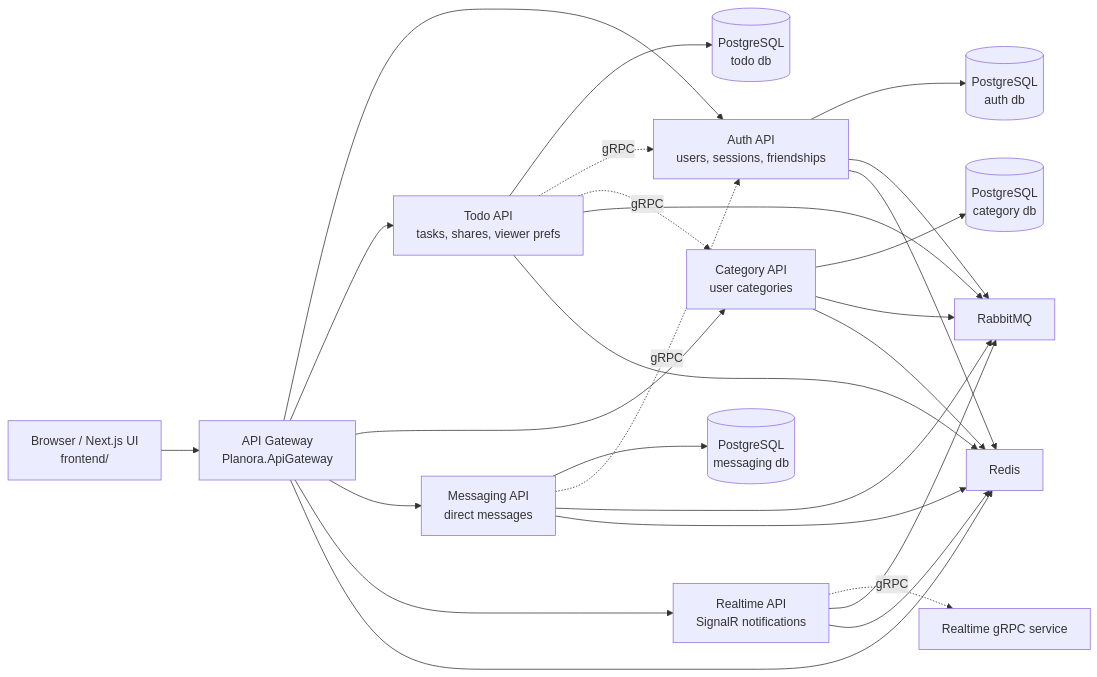
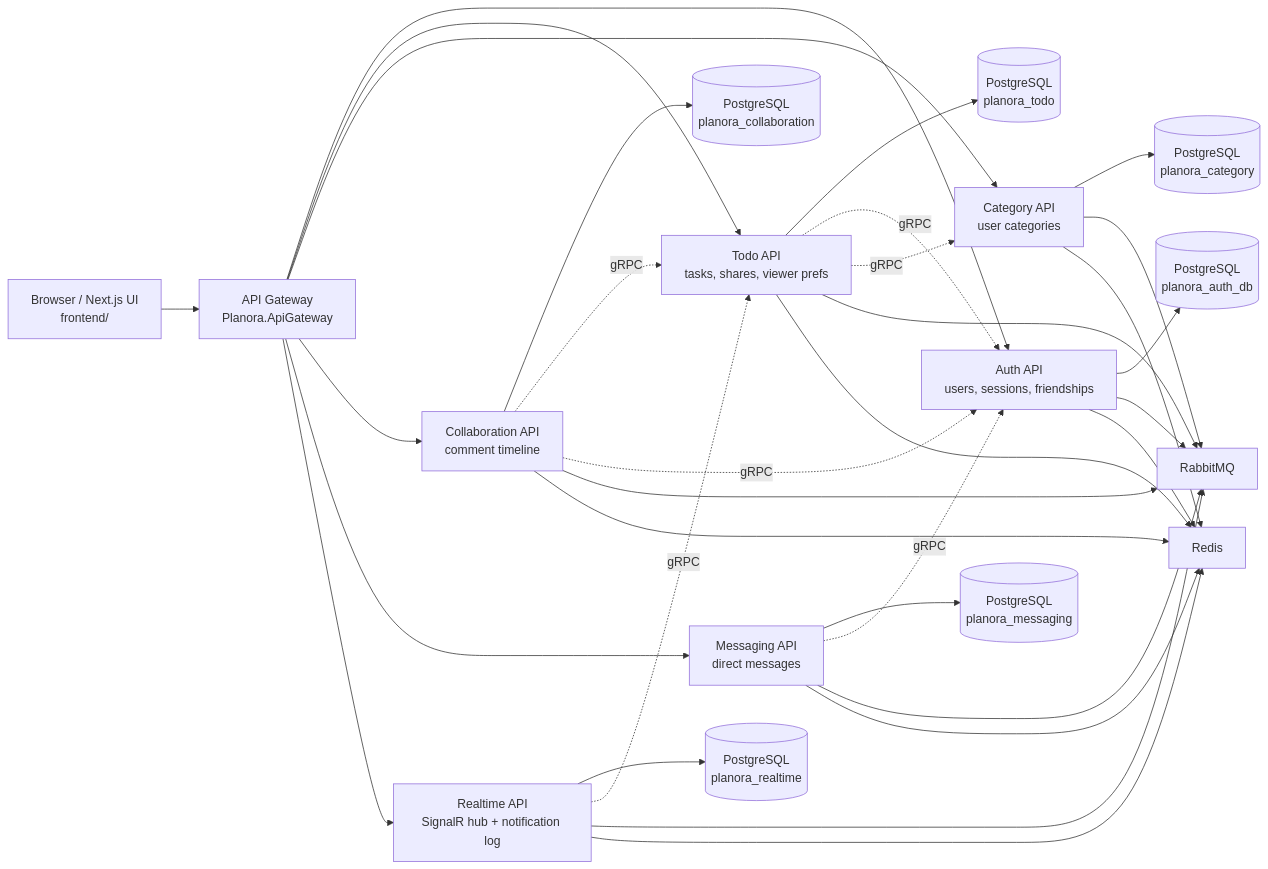
The first of 3 diagrams in docs/architecture.md (4Keyy/Planora), drawn with Mermaid before and after one commit. The commit also changed other lines of this file and 13 other files, not shown here.

````diff
--- a/docs/architecture.md
+++ b/docs/architecture.md
@@ -7,33 +7,39 @@
 ```mermaid
 flowchart LR
   Browser["Browser / Next.js UI\nfrontend/"] --> Gateway["API Gateway\nPlanora.ApiGateway"]
 
   Gateway --> Auth["Auth API\nusers, sessions, friendships"]
   Gateway --> Todo["Todo API\ntasks, shares, viewer prefs"]
   Gateway --> Category["Category API\nuser categories"]
+  Gateway --> Collaboration["Collaboration API\ncomment timeline"]
   Gateway --> Messaging["Messaging API\ndirect messages"]
-  Gateway --> Realtime["Realtime API\nSignalR notifications"]
+  Gateway --> Realtime["Realtime API\nSignalR hub + notification log"]
 
-  Auth --> AuthDb[("PostgreSQL\nauth db")]
-  Todo --> TodoDb[("PostgreSQL\ntodo db")]
-  Category --> CategoryDb[("PostgreSQL\ncategory db")]
-  Messaging --> MessagingDb[("PostgreSQL\nmessaging db")]
+  Auth --> AuthDb[("PostgreSQL\nplanora_auth_db")]
+  Todo --> TodoDb[("PostgreSQL\nplanora_todo")]
+  Category --> CategoryDb[("PostgreSQL\nplanora_category")]
+  Collaboration --> CollaborationDb[("PostgreSQL\nplanora_collaboration")]
+  Messaging --> MessagingDb[("PostgreSQL\nplanora_messaging")]
+  Realtime --> RealtimeDb[("PostgreSQL\nplanora_realtime")]
 
   Todo -. gRPC .-> Auth
   Todo -. gRPC .-> Category
+  Collaboration -. gRPC .-> Todo
+  Collaboration -. gRPC .-> Auth
   Messaging -. gRPC .-> Auth
-  Realtime -. gRPC .-> RealtimeGrpc["Realtime gRPC service"]
+  Realtime -. gRPC .-> Todo
 
   Auth --> Rabbit["RabbitMQ"]
   Todo --> Rabbit
   Category --> Rabbit
+  Collaboration --> Rabbit
   Messaging --> Rabbit
   Realtime --> Rabbit
 
-  Gateway --> Redis["Redis"]
-  Auth --> Redis
+  Auth --> Redis["Redis"]
   Todo --> Redis
   Category --> Redis
+  Collaboration --> Redis
   Messaging --> Redis
   Realtime --> Redis
 ```
````
